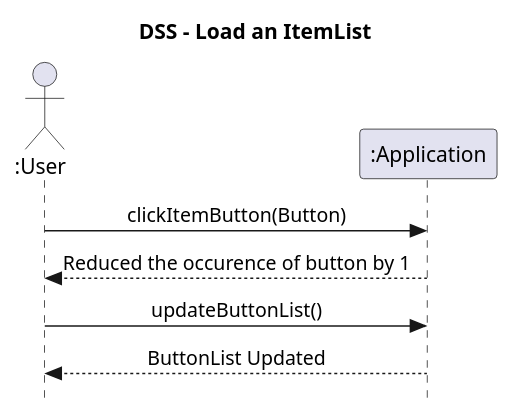
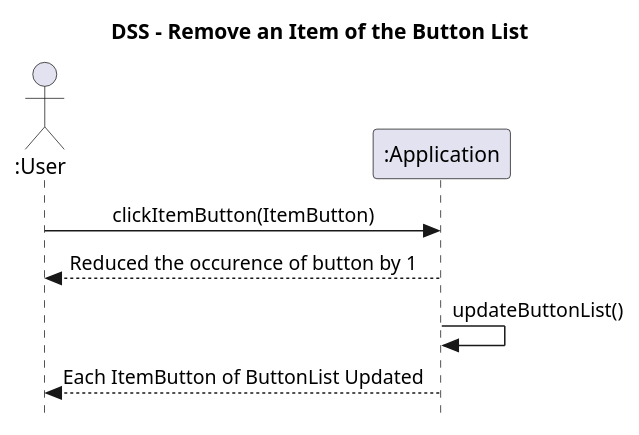
Before and after one commit to vexys001/RandoTracker: the diagram in docs/DSS/cu04_RemoveItem_dss.puml, drawn with PlantUML. The commit also changed 4 other files, not shown here.

```diff
--- a/docs/DSS/cu04_RemoveItem_dss.puml
+++ b/docs/DSS/cu04_RemoveItem_dss.puml
@@ -1,17 +1,17 @@
 @startuml 
 skinparam style strictuml
 skinparam DefaultFontName Verdana
 skinparam backgroundcolor transparent
 skinparam sequenceMessageAlign center
-title DSS - Load an ItemList
+title DSS - Remove an Item of the Button List
 
 actor ":User" as u
 participant ":Application" as a 
 
-u -> a : clickItemButton(Button)
+u -> a : clickItemButton(ItemButton)
 a --> u : Reduced the occurence of button by 1
 
-u -> a : updateButtonList()
-a --> u : ButtonList Updated
+a -> a : updateButtonList()
+a --> u : Each ItemButton of ButtonList Updated
 
 @enduml
```
